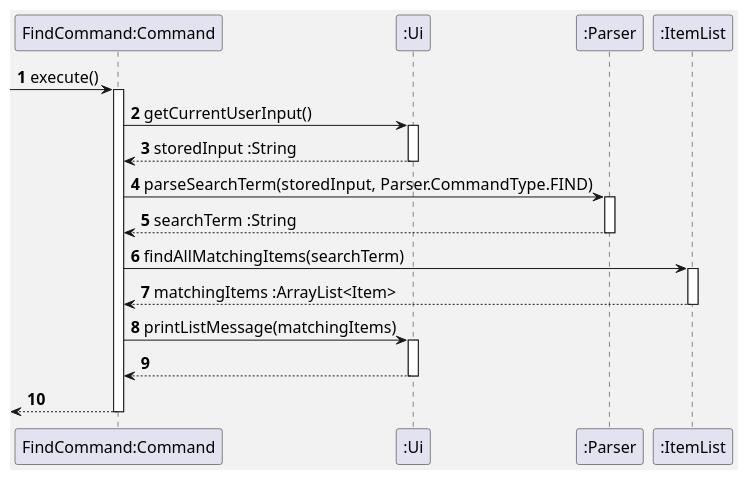
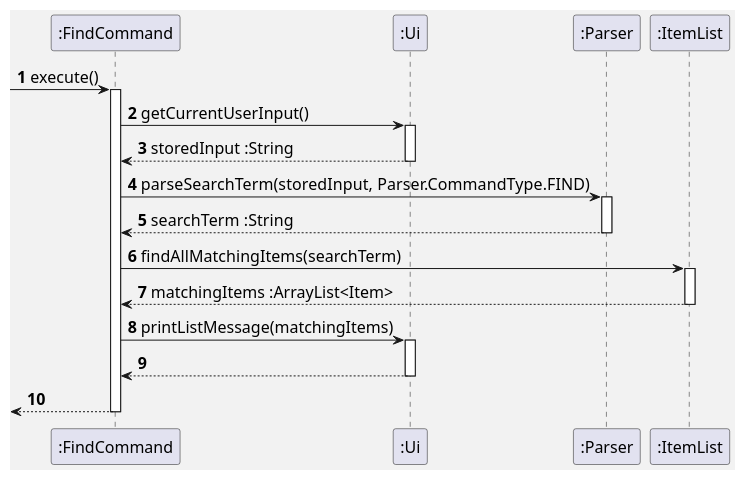
The diagram in docs/pumlFiles/FindSequence.puml (uosjapuelks/tp), drawn with PlantUML before and after one commit. The commit also changed 2 other files, not shown here.

Commit message:
Changed format for sequence diagrams

```diff
--- a/docs/pumlFiles/FindSequence.puml
+++ b/docs/pumlFiles/FindSequence.puml
@@ -1,33 +1,33 @@
 @startuml
 'https://plantuml.com/class-diagram
 
 skinparam backgroundColor #f2f2f2
 skinparam defaultFontSize 16
 
 autonumber
 
--> "FindCommand:Command": execute()
-activate "FindCommand:Command"
+-> ":FindCommand": execute()
+activate ":FindCommand"
 
-"FindCommand:Command" -> ":Ui": getCurrentUserInput()
+":FindCommand" -> ":Ui": getCurrentUserInput()
 activate ":Ui"
-"FindCommand:Command" <-- ":Ui": storedInput :String
+":FindCommand" <-- ":Ui": storedInput :String
 deactivate ":Ui"
 
-"FindCommand:Command" -> ":Parser": parseSearchTerm(storedInput, Parser.CommandType.FIND)
+":FindCommand" -> ":Parser": parseSearchTerm(storedInput, Parser.CommandType.FIND)
 activate ":Parser"
-"FindCommand:Command" <-- ":Parser": searchTerm :String
+":FindCommand" <-- ":Parser": searchTerm :String
 deactivate ":Parser"
-"FindCommand:Command" -> ":ItemList": findAllMatchingItems(searchTerm)
+":FindCommand" -> ":ItemList": findAllMatchingItems(searchTerm)
 activate ":ItemList"
-"FindCommand:Command" <--":ItemList": matchingItems :ArrayList<Item>
+":FindCommand" <--":ItemList": matchingItems :ArrayList<Item>
 deactivate ":ItemList"
-"FindCommand:Command" -> ":Ui": printListMessage(matchingItems)
+":FindCommand" -> ":Ui": printListMessage(matchingItems)
 activate ":Ui"
-"FindCommand:Command" <-- ":Ui"
+":FindCommand" <-- ":Ui"
 deactivate ":Ui"
 
-<-- "FindCommand:Command"
-deactivate "FindCommand:Command"
+<-- ":FindCommand"
+deactivate ":FindCommand"
 
 @enduml
```
